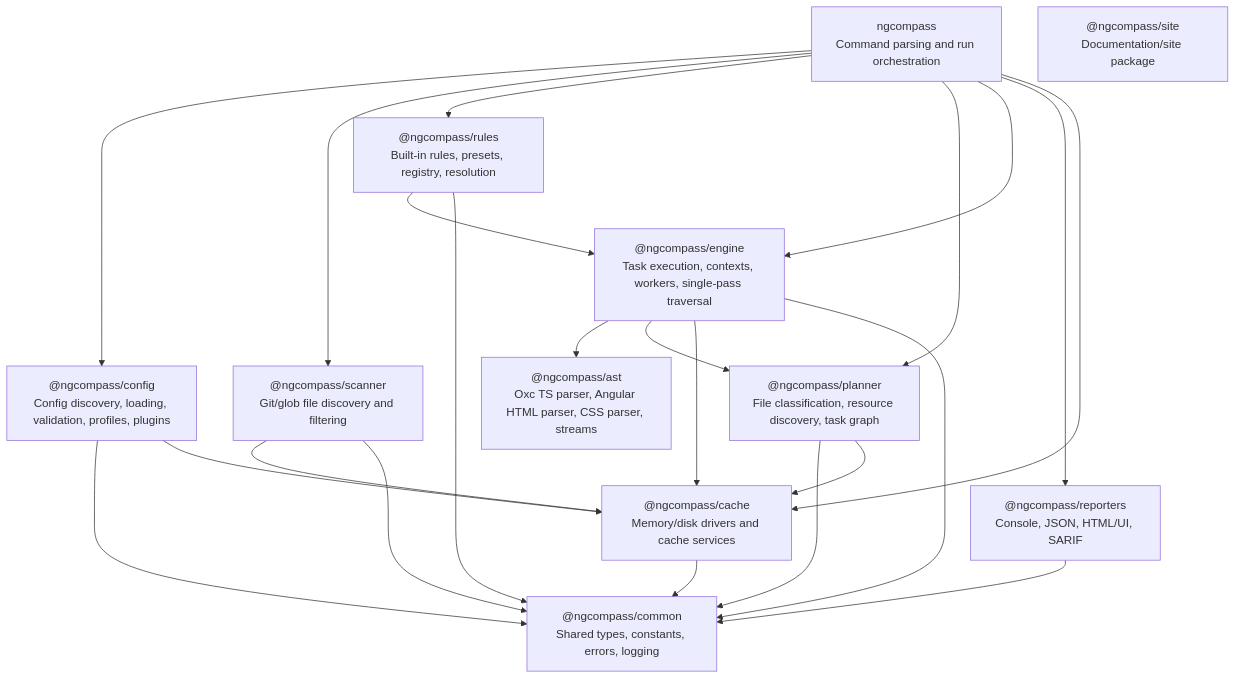
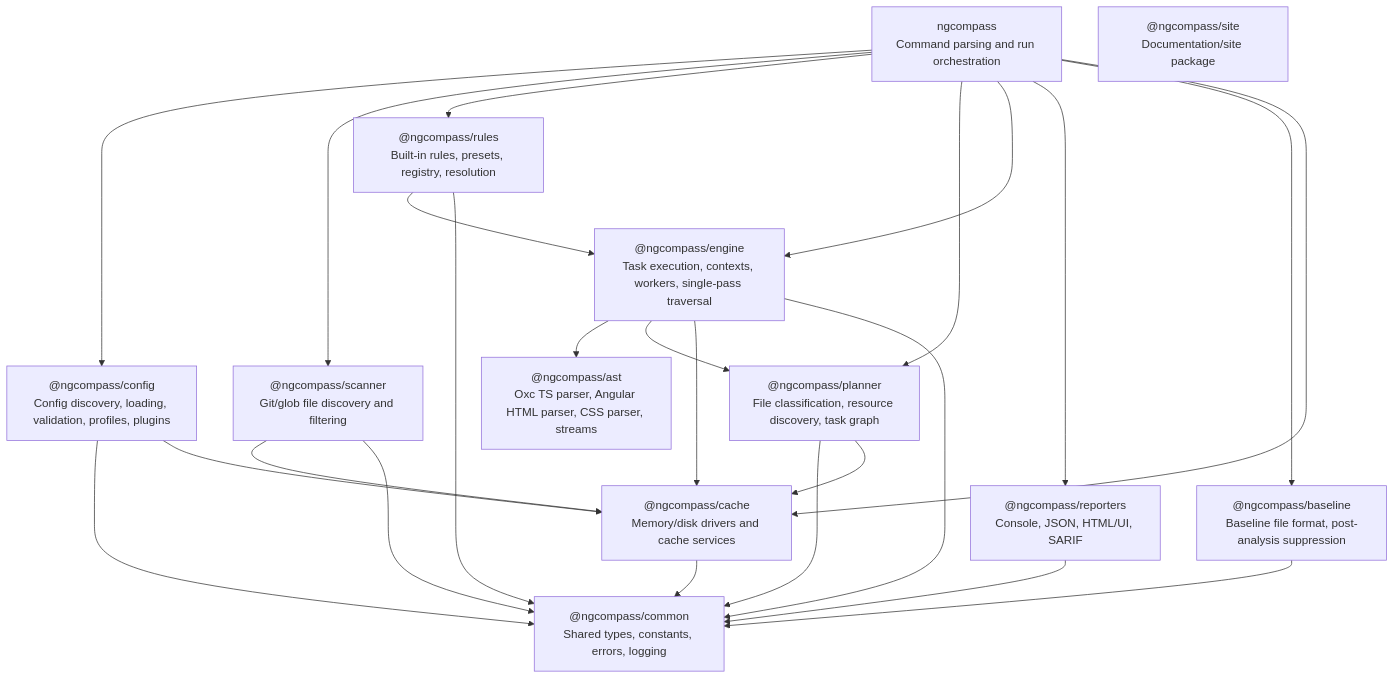
One commit to RoadmapDevelop/ngcompass changed the first of 23 diagrams in docs/architecture.md. Above: the diagram before and after it, drawn with Mermaid. The commit also changed other lines of this file and 63 other files, not shown here.

````diff
--- a/docs/architecture.md
+++ b/docs/architecture.md
@@ -25,37 +25,40 @@
 ```mermaid
 flowchart TB
     CLI["ngcompass<br/>Command parsing and run orchestration"]
     CONFIG["@ngcompass/config<br/>Config discovery, loading, validation, profiles, plugins"]
     SCANNER["@ngcompass/scanner<br/>Git/glob file discovery and filtering"]
     RULES["@ngcompass/rules<br/>Built-in rules, presets, registry, resolution"]
     PLANNER["@ngcompass/planner<br/>File classification, resource discovery, task graph"]
     ENGINE["@ngcompass/engine<br/>Task execution, contexts, workers, single-pass traversal"]
     AST["@ngcompass/ast<br/>Oxc TS parser, Angular HTML parser, CSS parser, streams"]
     CACHE["@ngcompass/cache<br/>Memory/disk drivers and cache services"]
     REPORTERS["@ngcompass/reporters<br/>Console, JSON, HTML/UI, SARIF"]
+    BASELINE["@ngcompass/baseline<br/>Baseline file format, post-analysis suppression"]
     COMMON["@ngcompass/common<br/>Shared types, constants, errors, logging"]
     SITE["@ngcompass/site<br/>Documentation/site package"]
 
     CLI --> CONFIG
     CLI --> SCANNER
     CLI --> RULES
     CLI --> PLANNER
     CLI --> ENGINE
     CLI --> REPORTERS
+    CLI --> BASELINE
     CLI --> CACHE
 
     CONFIG --> COMMON
     CONFIG --> CACHE
     RULES --> ENGINE
     RULES --> COMMON
     PLANNER --> COMMON
     PLANNER --> CACHE
     ENGINE --> AST
     ENGINE --> PLANNER
     ENGINE --> CACHE
     ENGINE --> COMMON
     SCANNER --> CACHE
     SCANNER --> COMMON
     REPORTERS --> COMMON
+    BASELINE --> COMMON
     CACHE --> COMMON
 ```
````
